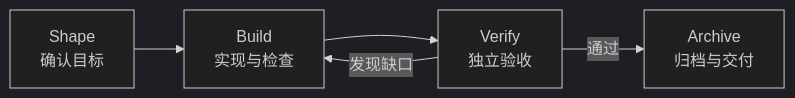
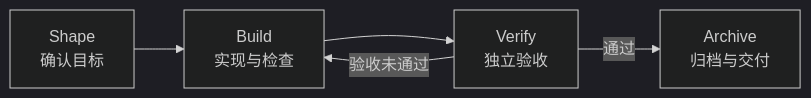
One commit to rpamis/comet-website-docs changed the diagram in zh/native/quickstart.mdx. Above: the diagram before and after it, drawn with Mermaid (dark theme). The commit also changed other lines of this file and 52 other files, not shown here.

````diff
--- a/zh/native/quickstart.mdx
+++ b/zh/native/quickstart.mdx
@@ -62,7 +62,7 @@
 ```mermaid
 flowchart LR
   S["Shape\n确认目标"] --> B["Build\n实现与检查"]
   B --> V["Verify\n独立验收"]
   V -->|通过| A["Archive\n归档与交付"]
-  V -->|发现缺口| B
+  V -->|验收未通过| B
 ```
````
